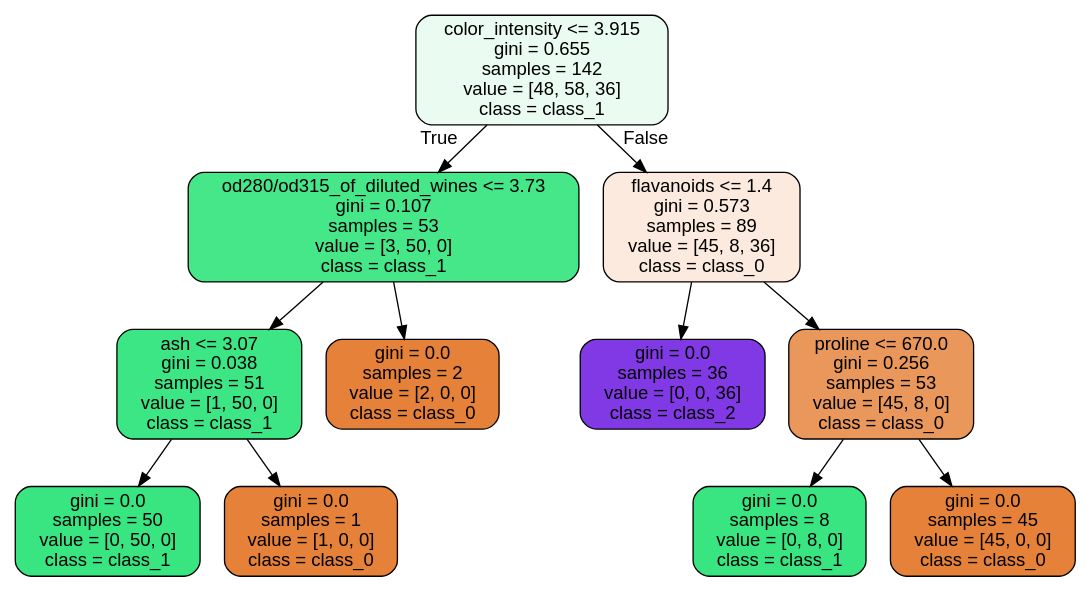
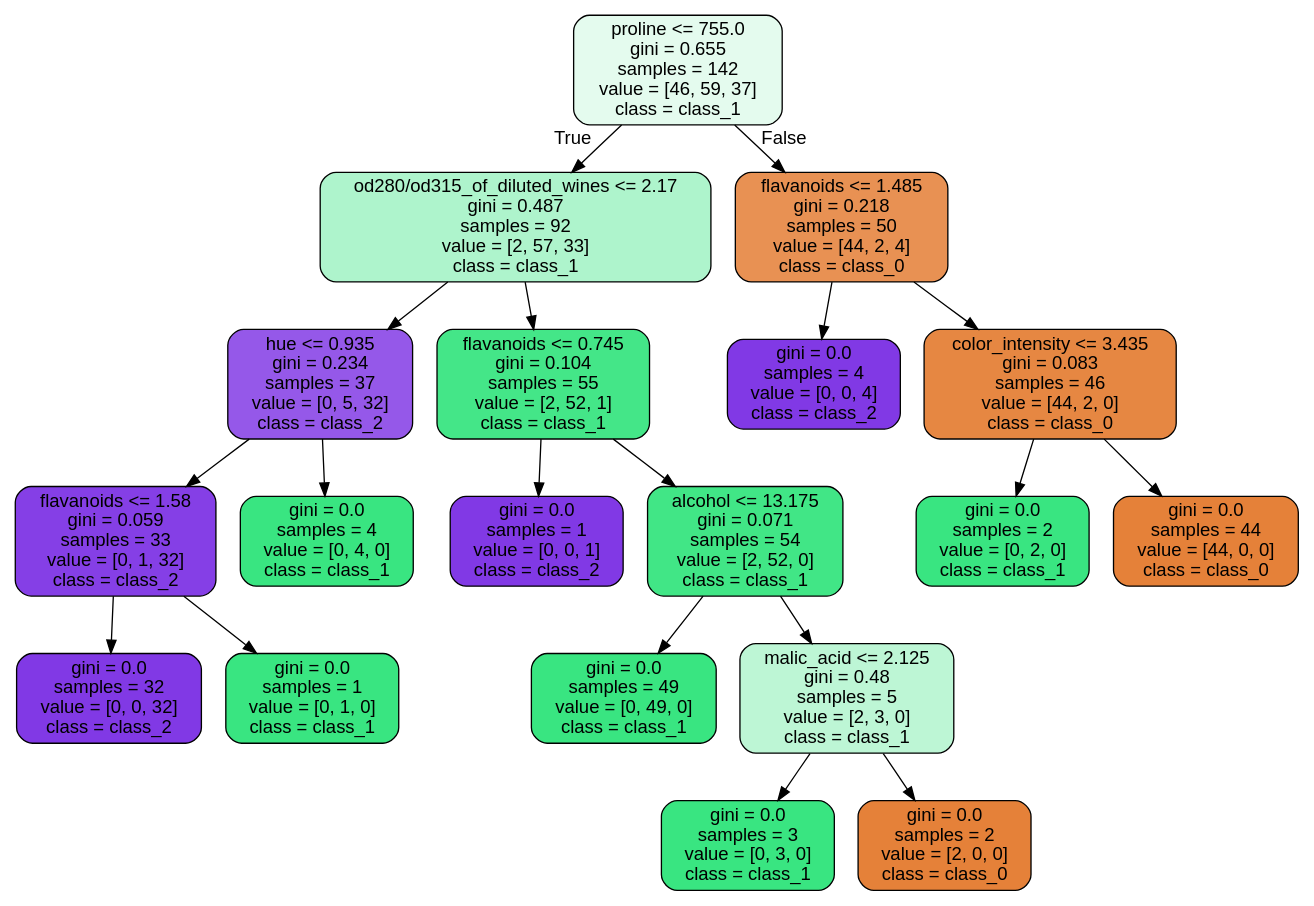
One commit to JoseDeJesusMendozaBecerril/Practica4_MineriaDeDatos changed the diagram in images/decision_trees/wine_tree_train.dot. Above: the diagram before and after it, drawn with Graphviz. The commit also changed 8 other files, not shown here.

```diff
--- a/images/decision_trees/wine_tree_train.dot
+++ b/images/decision_trees/wine_tree_train.dot
@@ -1,25 +1,41 @@
 digraph Tree {
 node [shape=box, style="filled, rounded", color="black", fontname=helvetica] ;
 edge [fontname=helvetica] ;
-0 [label="color_intensity <= 3.915\ngini = 0.655\nsamples = 142\nvalue = [48, 58, 36]\nclass = class_1", fillcolor="#eafcf2"] ;
-1 [label="od280/od315_of_diluted_wines <= 3.73\ngini = 0.107\nsamples = 53\nvalue = [3, 50, 0]\nclass = class_1", fillcolor="#45e789"] ;
+0 [label="proline <= 755.0\ngini = 0.655\nsamples = 142\nvalue = [46, 59, 37]\nclass = class_1", fillcolor="#e4fbee"] ;
+1 [label="od280/od315_of_diluted_wines <= 2.17\ngini = 0.487\nsamples = 92\nvalue = [2, 57, 33]\nclass = class_1", fillcolor="#aef4cc"] ;
 0 -> 1 [labeldistance=2.5, labelangle=45, headlabel="True"] ;
-2 [label="ash <= 3.07\ngini = 0.038\nsamples = 51\nvalue = [1, 50, 0]\nclass = class_1", fillcolor="#3de684"] ;
+2 [label="hue <= 0.935\ngini = 0.234\nsamples = 37\nvalue = [0, 5, 32]\nclass = class_2", fillcolor="#9558e9"] ;
 1 -> 2 ;
-3 [label="gini = 0.0\nsamples = 50\nvalue = [0, 50, 0]\nclass = class_1", fillcolor="#39e581"] ;
+3 [label="flavanoids <= 1.58\ngini = 0.059\nsamples = 33\nvalue = [0, 1, 32]\nclass = class_2", fillcolor="#853fe6"] ;
 2 -> 3 ;
-4 [label="gini = 0.0\nsamples = 1\nvalue = [1, 0, 0]\nclass = class_0", fillcolor="#e58139"] ;
-2 -> 4 ;
-5 [label="gini = 0.0\nsamples = 2\nvalue = [2, 0, 0]\nclass = class_0", fillcolor="#e58139"] ;
-1 -> 5 ;
-6 [label="flavanoids <= 1.4\ngini = 0.573\nsamples = 89\nvalue = [45, 8, 36]\nclass = class_0", fillcolor="#fbeadd"] ;
-0 -> 6 [labeldistance=2.5, labelangle=-45, headlabel="False"] ;
-7 [label="gini = 0.0\nsamples = 36\nvalue = [0, 0, 36]\nclass = class_2", fillcolor="#8139e5"] ;
-6 -> 7 ;
-8 [label="proline <= 670.0\ngini = 0.256\nsamples = 53\nvalue = [45, 8, 0]\nclass = class_0", fillcolor="#ea975c"] ;
-6 -> 8 ;
-9 [label="gini = 0.0\nsamples = 8\nvalue = [0, 8, 0]\nclass = class_1", fillcolor="#39e581"] ;
-8 -> 9 ;
-10 [label="gini = 0.0\nsamples = 45\nvalue = [45, 0, 0]\nclass = class_0", fillcolor="#e58139"] ;
-8 -> 10 ;
+4 [label="gini = 0.0\nsamples = 32\nvalue = [0, 0, 32]\nclass = class_2", fillcolor="#8139e5"] ;
+3 -> 4 ;
+5 [label="gini = 0.0\nsamples = 1\nvalue = [0, 1, 0]\nclass = class_1", fillcolor="#39e581"] ;
+3 -> 5 ;
+6 [label="gini = 0.0\nsamples = 4\nvalue = [0, 4, 0]\nclass = class_1", fillcolor="#39e581"] ;
+2 -> 6 ;
+7 [label="flavanoids <= 0.745\ngini = 0.104\nsamples = 55\nvalue = [2, 52, 1]\nclass = class_1", fillcolor="#44e688"] ;
+1 -> 7 ;
+8 [label="gini = 0.0\nsamples = 1\nvalue = [0, 0, 1]\nclass = class_2", fillcolor="#8139e5"] ;
+7 -> 8 ;
+9 [label="alcohol <= 13.175\ngini = 0.071\nsamples = 54\nvalue = [2, 52, 0]\nclass = class_1", fillcolor="#41e686"] ;
+7 -> 9 ;
+10 [label="gini = 0.0\nsamples = 49\nvalue = [0, 49, 0]\nclass = class_1", fillcolor="#39e581"] ;
+9 -> 10 ;
+11 [label="malic_acid <= 2.125\ngini = 0.48\nsamples = 5\nvalue = [2, 3, 0]\nclass = class_1", fillcolor="#bdf6d5"] ;
+9 -> 11 ;
+12 [label="gini = 0.0\nsamples = 3\nvalue = [0, 3, 0]\nclass = class_1", fillcolor="#39e581"] ;
+11 -> 12 ;
+13 [label="gini = 0.0\nsamples = 2\nvalue = [2, 0, 0]\nclass = class_0", fillcolor="#e58139"] ;
+11 -> 13 ;
+14 [label="flavanoids <= 1.485\ngini = 0.218\nsamples = 50\nvalue = [44, 2, 4]\nclass = class_0", fillcolor="#e89153"] ;
+0 -> 14 [labeldistance=2.5, labelangle=-45, headlabel="False"] ;
+15 [label="gini = 0.0\nsamples = 4\nvalue = [0, 0, 4]\nclass = class_2", fillcolor="#8139e5"] ;
+14 -> 15 ;
+16 [label="color_intensity <= 3.435\ngini = 0.083\nsamples = 46\nvalue = [44, 2, 0]\nclass = class_0", fillcolor="#e68742"] ;
+14 -> 16 ;
+17 [label="gini = 0.0\nsamples = 2\nvalue = [0, 2, 0]\nclass = class_1", fillcolor="#39e581"] ;
+16 -> 17 ;
+18 [label="gini = 0.0\nsamples = 44\nvalue = [44, 0, 0]\nclass = class_0", fillcolor="#e58139"] ;
+16 -> 18 ;
 }
```
